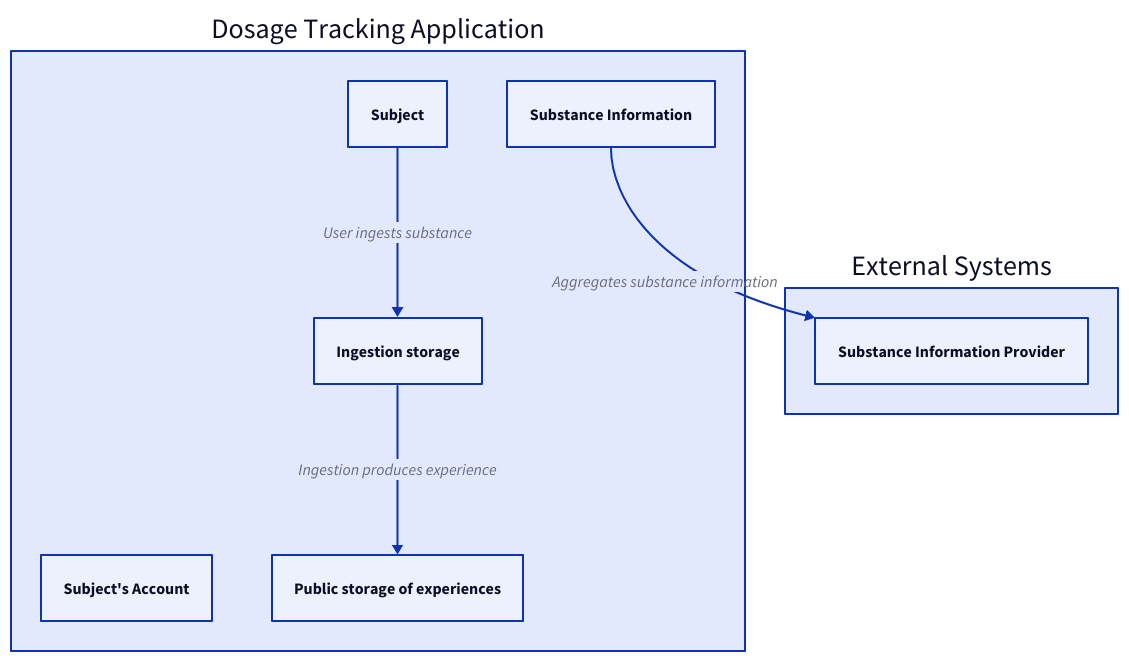
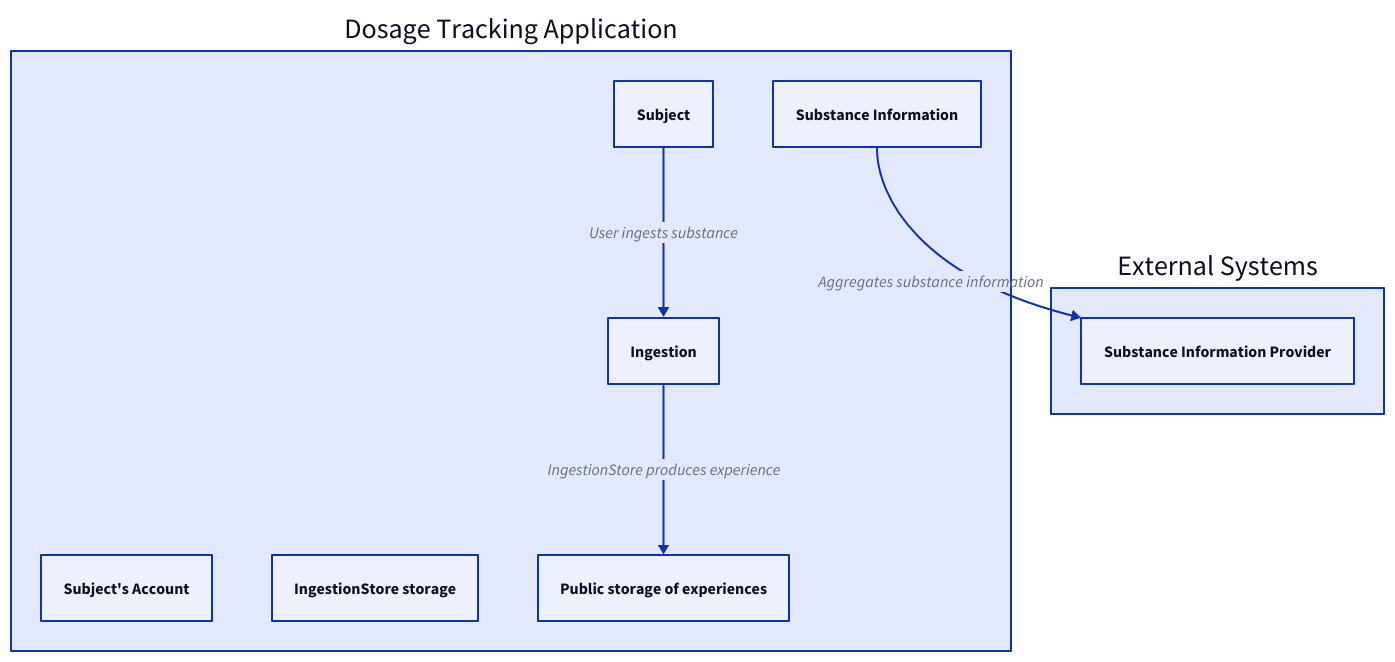
Before and after one commit to keinsell/neuroneek: the diagram in docs/architecture/context-diagram.d2, drawn with D2. The commit also changed 9 other files, not shown here.

```diff
--- a/docs/architecture/context-diagram.d2
+++ b/docs/architecture/context-diagram.d2
@@ -1,15 +1,15 @@
 application: "Dosage Tracking Application" {
   Subject
   Account: Subject's Account
   Substance: "Substance Information"
-  Ingestion: "Ingestion storage"
+  IngestionStore: "IngestionStore storage"
   Experince: "Public storage of experiences"
 }
 
 extenrals: "External Systems" {
   drugProvider: "Substance Information Provider"
 }
 
 application.Subject -> application.Ingestion: "User ingests substance"
-application.Ingestion -> application.Experince: "Ingestion produces experience"
+application.Ingestion -> application.Experince: "IngestionStore produces experience"
 application.Substance -> extenrals.drugProvider: "Aggregates substance information"
```
